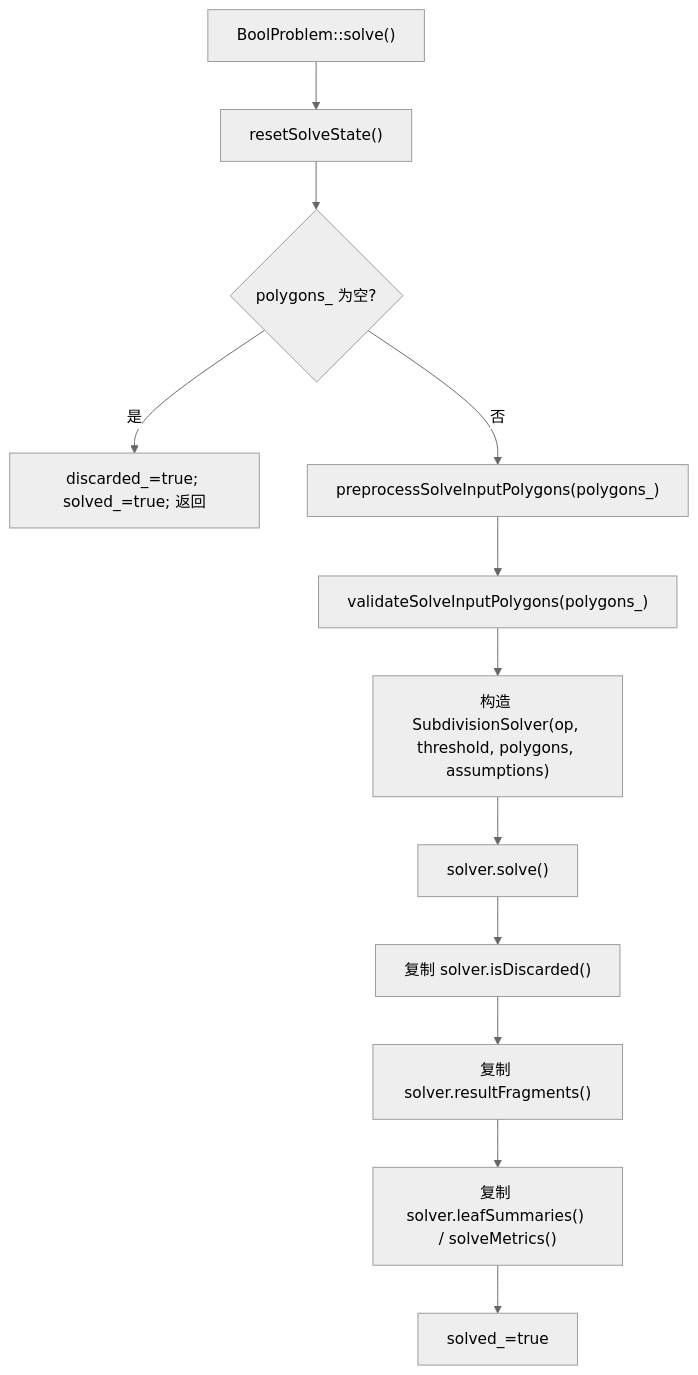
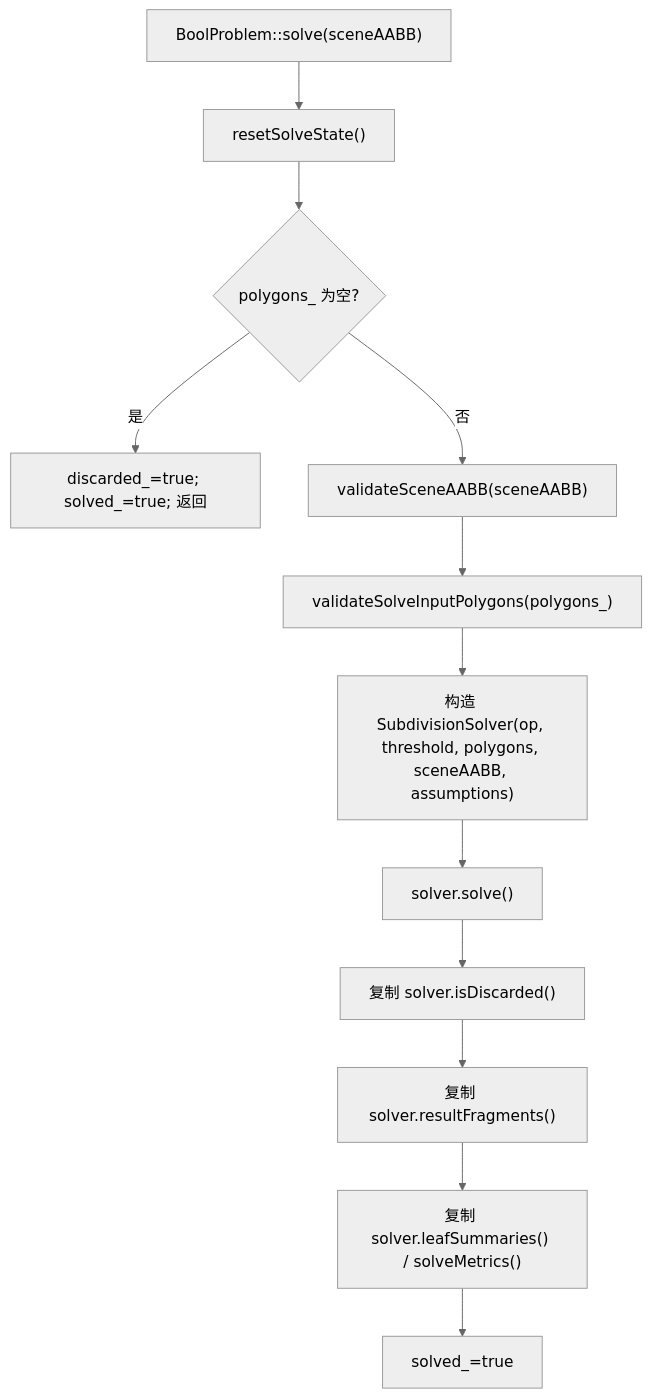
The second of 11 diagrams in docs/core-logic-flow.md (SDU-YueQiu/re-EMBER), drawn with Mermaid (neutral theme) before and after one commit. The commit also changed other lines of this file and 7 other files, not shown here.

````diff
--- a/docs/core-logic-flow.md
+++ b/docs/core-logic-flow.md
@@ -72,14 +75,14 @@
 ```mermaid
 flowchart TD
-    A["BoolProblem::solve()"] --> B["resetSolveState()"]
+    A["BoolProblem::solve(sceneAABB)"] --> B["resetSolveState()"]
     B --> C{"polygons_ 为空?"}
     C -->|是| D["discarded_=true; solved_=true; 返回"]
-    C -->|否| E["preprocessSolveInputPolygons(polygons_)"]
+    C -->|否| E["validateSceneAABB(sceneAABB)"]
     E --> F["validateSolveInputPolygons(polygons_)"]
-    F --> G["构造 SubdivisionSolver(op, threshold, polygons, assumptions)"]
+    F --> G["构造 SubdivisionSolver(op, threshold, polygons, sceneAABB, assumptions)"]
     G --> H["solver.solve()"]
     H --> I["复制 solver.isDiscarded()"]
     I --> J["复制 solver.resultFragments()"]
     J --> K["复制 solver.leafSummaries() / solveMetrics()"]
     K --> L["solved_=true"]
 ```
````
